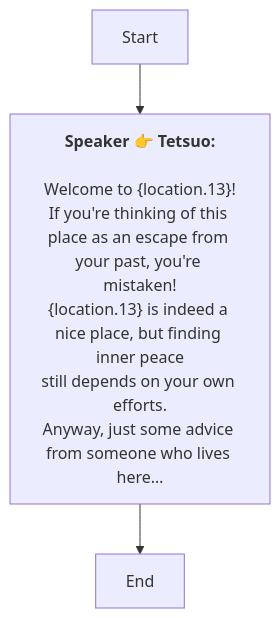
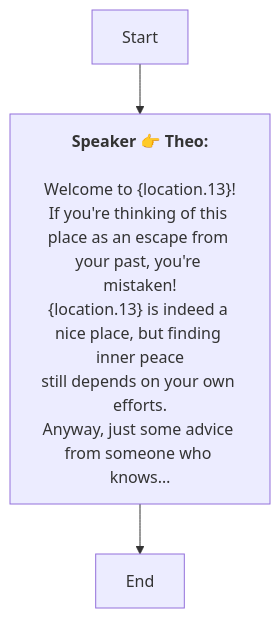
Before and after one commit to SoftHu/tos_avg: the diagram in En/AddDialogNode_1741891248533772.md, drawn with Mermaid. The commit also changed 297 other files, not shown here.

````diff
--- a/En/AddDialogNode_1741891248533772.md
+++ b/En/AddDialogNode_1741891248533772.md
@@ -1,12 +1,12 @@
 ```mermaid
 graph
-Start -->1741905378806083[<b>Speaker 👉 Tetsuo:</b>
+Start -->1741905378806083[<b>Speaker 👉 Theo:</b>
 
 Welcome to &lbrace;location.13&rbrace;!
 If you're thinking of this place as an escape from your past, you're mistaken!
 &lbrace;location.13&rbrace; is indeed a nice place, but finding inner peace
 still depends on your own efforts.
-Anyway, just some advice from someone who lives here…]
+Anyway, just some advice from someone who knows…]
 1741905378806083 -->1741905938224452[End]
 
  ```
````
